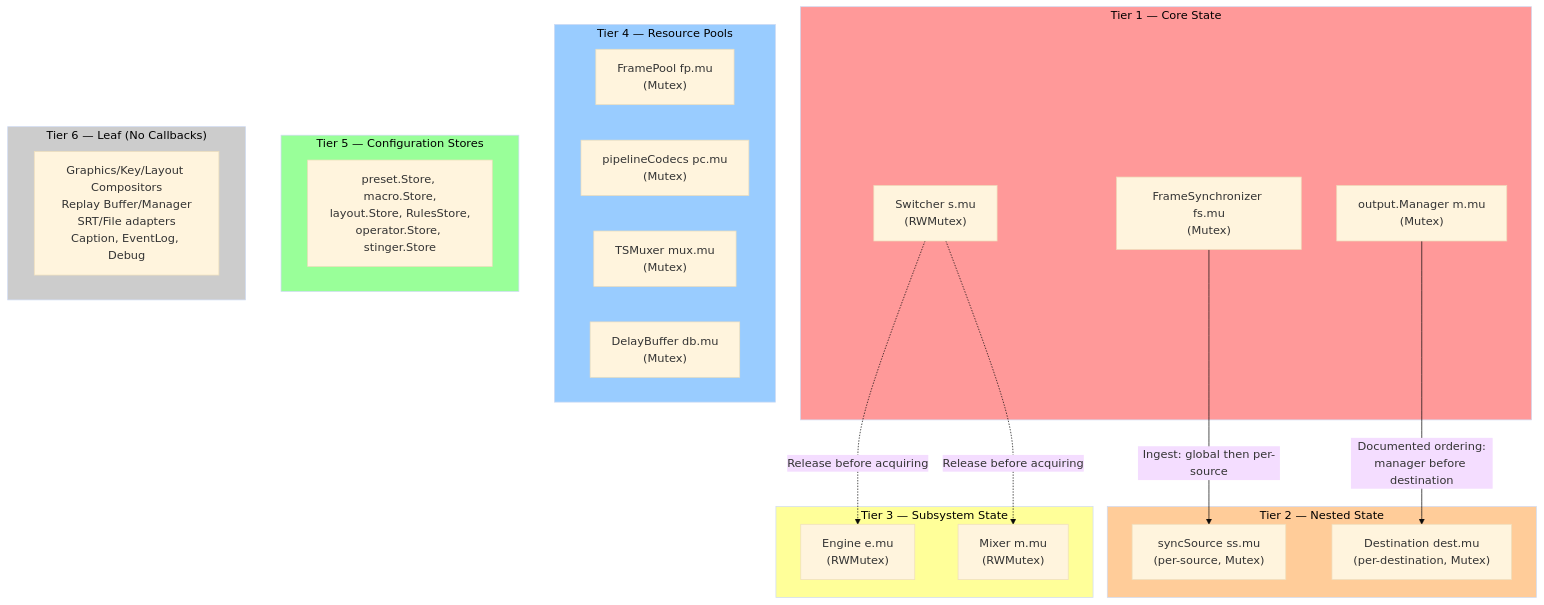
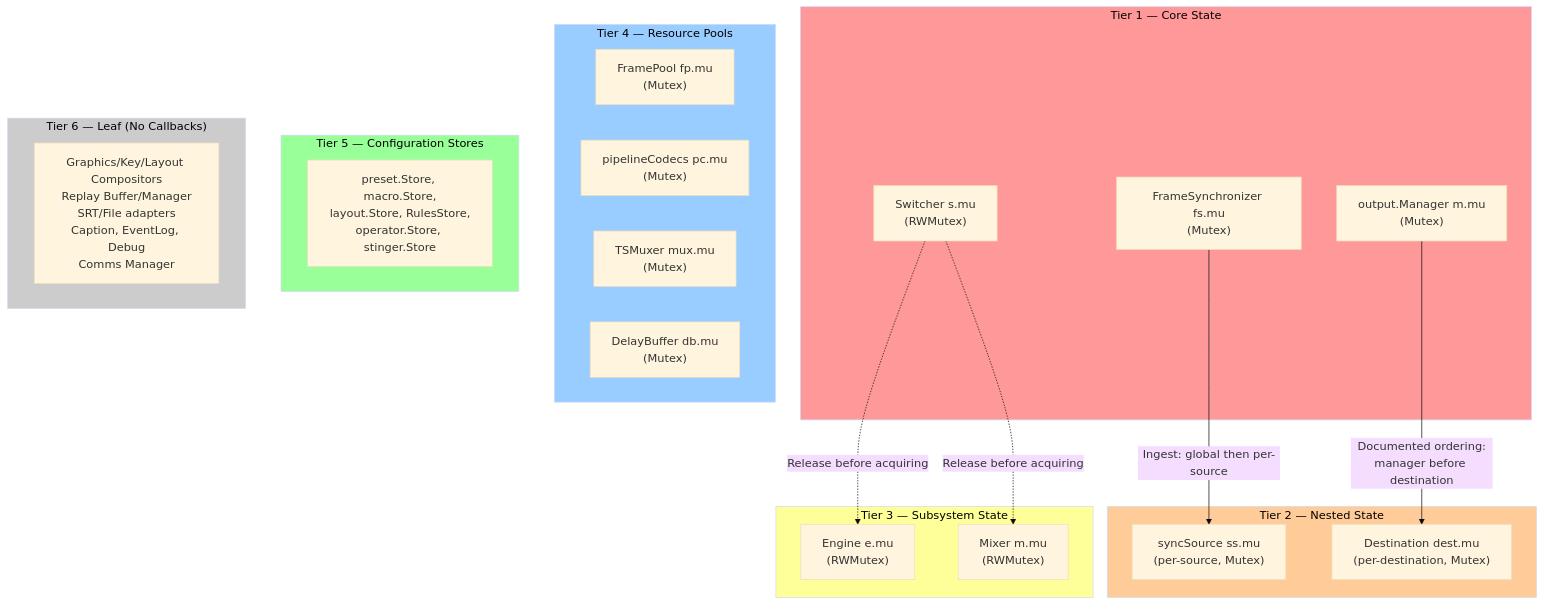
Before and after one commit to zsiec/switchframe: the seventh of 7 diagrams in docs/locking-and-concurrency.md, drawn with Mermaid (base theme). The commit also changed other lines of this file and 5 other files, not shown here.

First line of the commit message:
docs: add comms, replay, preview, audio mixer

````diff
--- a/docs/locking-and-concurrency.md
+++ b/docs/locking-and-concurrency.md
@@ -585,45 +619,45 @@
 ```mermaid
 flowchart TD
     subgraph tier1 ["Tier 1 — Core State"]
         smu["Switcher s.mu<br/>(RWMutex)"]
         fsmu["FrameSynchronizer fs.mu<br/>(Mutex)"]
         ommu["output.Manager m.mu<br/>(Mutex)"]
     end
 
     subgraph tier2 ["Tier 2 — Nested State"]
         ssmu["syncSource ss.mu<br/>(per-source, Mutex)"]
         destmu["Destination dest.mu<br/>(per-destination, Mutex)"]
     end
 
     subgraph tier3 ["Tier 3 — Subsystem State"]
         emu["Engine e.mu<br/>(RWMutex)"]
         mmu["Mixer m.mu<br/>(RWMutex)"]
     end
 
     subgraph tier4 ["Tier 4 — Resource Pools"]
         fpmu["FramePool fp.mu<br/>(Mutex)"]
         pcmu["pipelineCodecs pc.mu<br/>(Mutex)"]
         muxmu["TSMuxer mux.mu<br/>(Mutex)"]
         dbmu["DelayBuffer db.mu<br/>(Mutex)"]
     end
 
     subgraph tier5 ["Tier 5 — Configuration Stores"]
         stores["preset.Store, macro.Store,<br/>layout.Store, RulesStore,<br/>operator.Store, stinger.Store"]
     end
 
     subgraph tier6 ["Tier 6 — Leaf (No Callbacks)"]
-        leaf["Graphics/Key/Layout Compositors<br/>Replay Buffer/Manager<br/>SRT/File adapters<br/>Caption, EventLog, Debug"]
+        leaf["Graphics/Key/Layout Compositors<br/>Replay Buffer/Manager<br/>SRT/File adapters<br/>Caption, EventLog, Debug<br/>Comms Manager"]
     end
 
     fsmu -->|"Ingest: global then per-source"| ssmu
     ommu -->|"Documented ordering:<br/>manager before destination"| destmu
     smu -.->|"Release before acquiring"| emu
     smu -.->|"Release before acquiring"| mmu
 
     style tier1 fill:#ff9999,color:#000
     style tier2 fill:#ffcc99,color:#000
     style tier3 fill:#ffff99,color:#000
     style tier4 fill:#99ccff,color:#000
     style tier5 fill:#99ff99,color:#000
     style tier6 fill:#cccccc,color:#000
 ```
````
